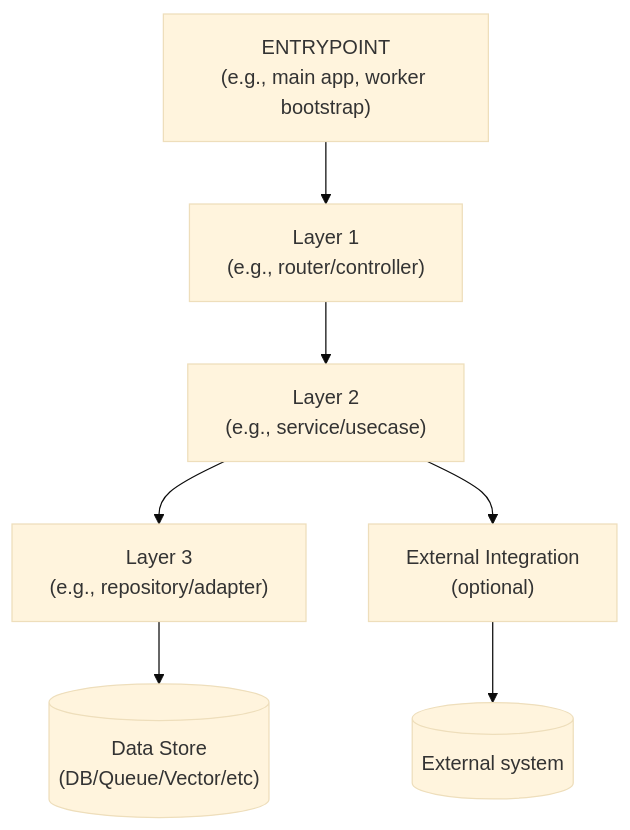
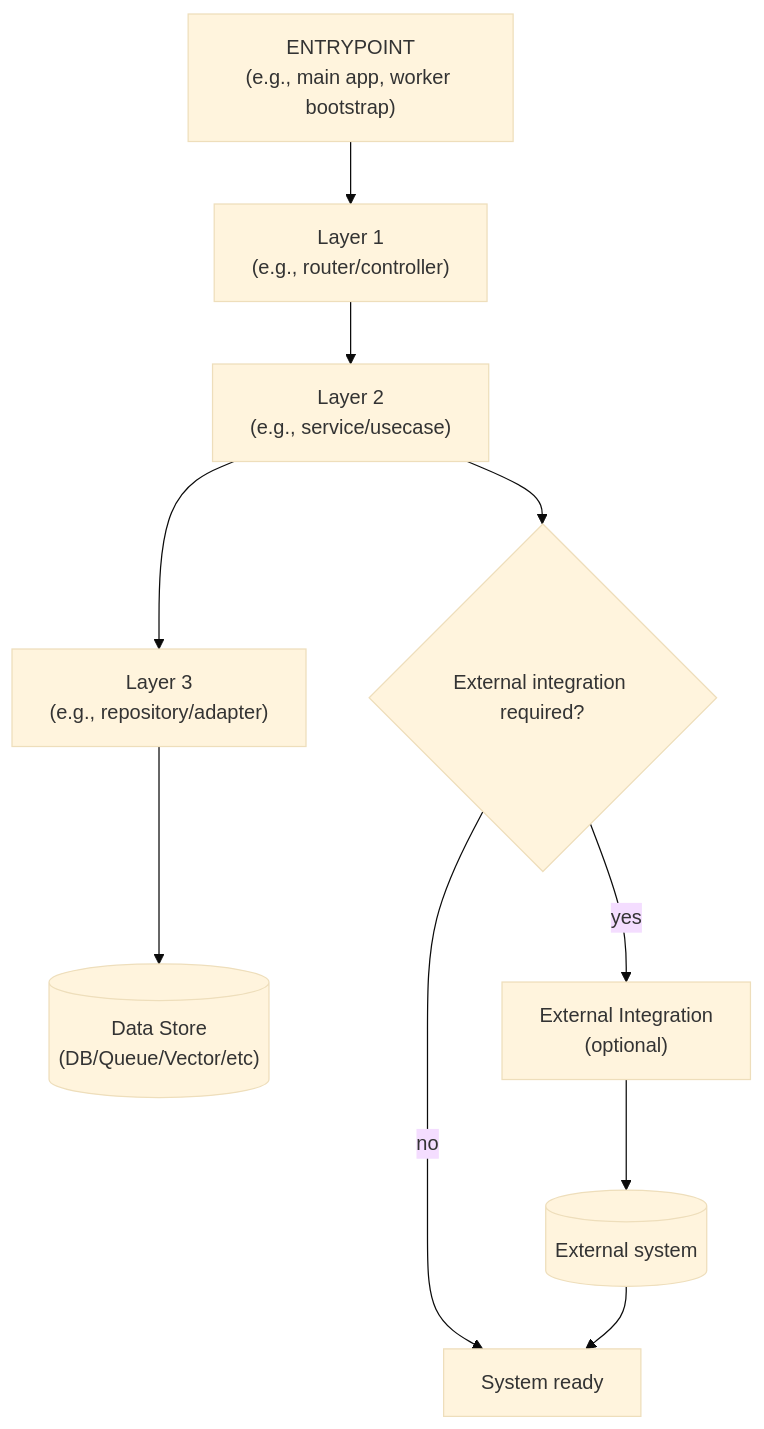
The diagram in agent-specs/engineering/skills/project-flowchart-template-skill/assets/templates/system-overview.mmd (JeanphiloGong/Agents-spec), drawn with Mermaid (base theme) before and after one commit. The commit also changed 7 other files, not shown here.

First line of the commit message:
docs(project-flowchart-template-skill): enforce node naming standard

```diff
--- a/agent-specs/engineering/skills/project-flowchart-template-skill/assets/templates/system-overview.mmd
+++ b/agent-specs/engineering/skills/project-flowchart-template-skill/assets/templates/system-overview.mmd
@@ -1,11 +1,14 @@
 %% Generic system overview template
 flowchart TD
-    ENTRYPOINT["ENTRYPOINT\n(e.g., main app, worker bootstrap)"] --> L1["Layer 1\n(e.g., router/controller)"]
-    L1 --> L2["Layer 2\n(e.g., service/usecase)"]
-    L2 --> L3["Layer 3\n(e.g., repository/adapter)"]
-    L3 --> STORE[("Data Store\n(DB/Queue/Vector/etc)")]
+    entry_receive_system_bootstrap["ENTRYPOINT\n(e.g., main app, worker bootstrap)"] --> route_parse_system_request["Layer 1\n(e.g., router/controller)"]
+    route_parse_system_request --> usecase_assemble_system_flow["Layer 2\n(e.g., service/usecase)"]
+    usecase_assemble_system_flow --> repo_get_system_dependency["Layer 3\n(e.g., repository/adapter)"]
+    repo_get_system_dependency --> store_get_system_primary[("Data Store\n(DB/Queue/Vector/etc)")]
 
-    L2 --> EXT["External Integration\n(optional)"]
-    EXT --> STORE2[("External system")]
+    usecase_assemble_system_flow --> branch_verify_integration_required{"External integration required?"}
+    branch_verify_integration_required -->|yes| service_emit_system_integration["External Integration\n(optional)"]
+    service_emit_system_integration --> store_get_system_external[("External system")]
+    branch_verify_integration_required -->|no| result_return_system_ready["System ready"]
+    store_get_system_external --> result_return_system_ready
 
     %% TODO(verify): add concrete modules/functions from current project
```
